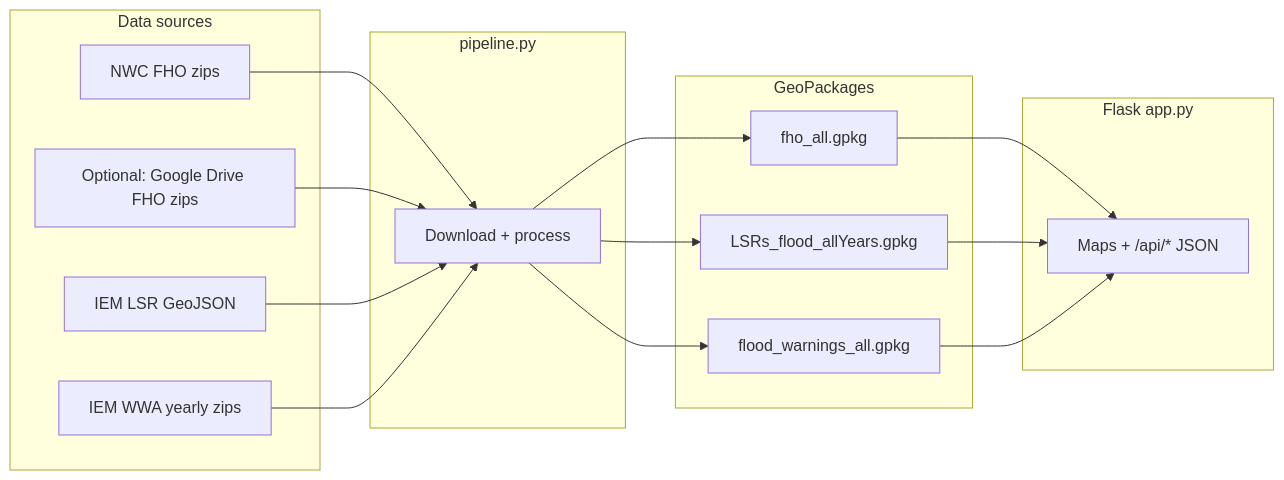
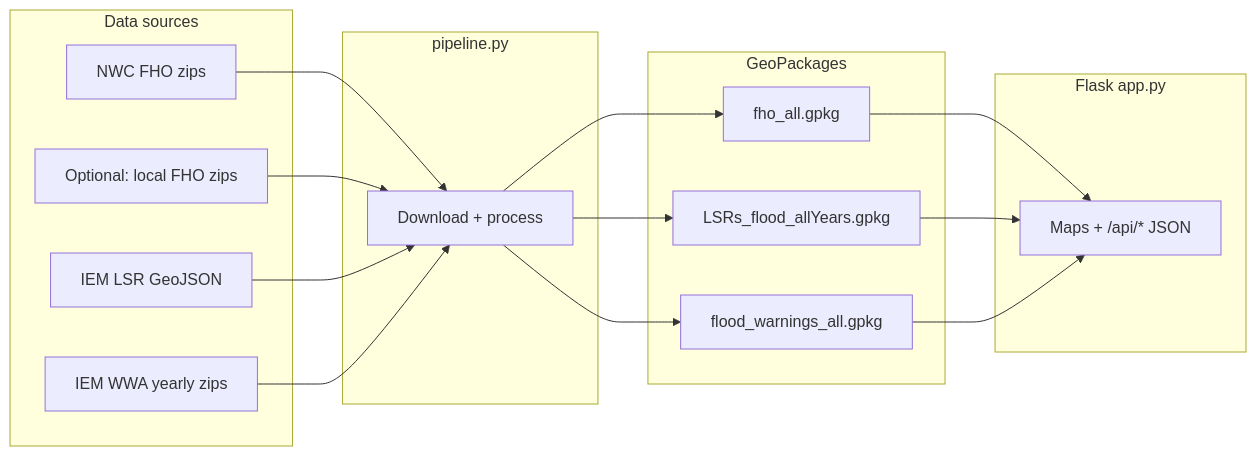
One commit to tyjmadsen/fho-evaluation changed the diagram in README.md. Above: the diagram before and after it, drawn with Mermaid. The commit also changed other lines of this file and 3 other files, not shown here.

````diff
--- a/README.md
+++ b/README.md
@@ -16,30 +16,30 @@
 ```mermaid
 flowchart LR
   subgraph sources [Data sources]
     NWC[NWC FHO zips]
+    LOCAL[Optional: local FHO zips]
     IEM_LSR[IEM LSR GeoJSON]
     IEM_WWA[IEM WWA yearly zips]
-    GDRIVE[Optional: Google Drive FHO zips]
   end
   subgraph pipeline [pipeline.py]
     P[Download + process]
   end
   subgraph outputs [GeoPackages]
     FHO[fho_all.gpkg]
     LSR[LSRs_flood_allYears.gpkg]
     WWA[flood_warnings_all.gpkg]
   end
   subgraph app [Flask app.py]
     A[Maps + /api/* JSON]
   end
   NWC --> P
-  GDRIVE --> P
+  LOCAL --> P
   IEM_LSR --> P
   IEM_WWA --> P
   P --> FHO
   P --> LSR
   P --> WWA
   FHO --> A
   LSR --> A
   WWA --> A
 ```
````
